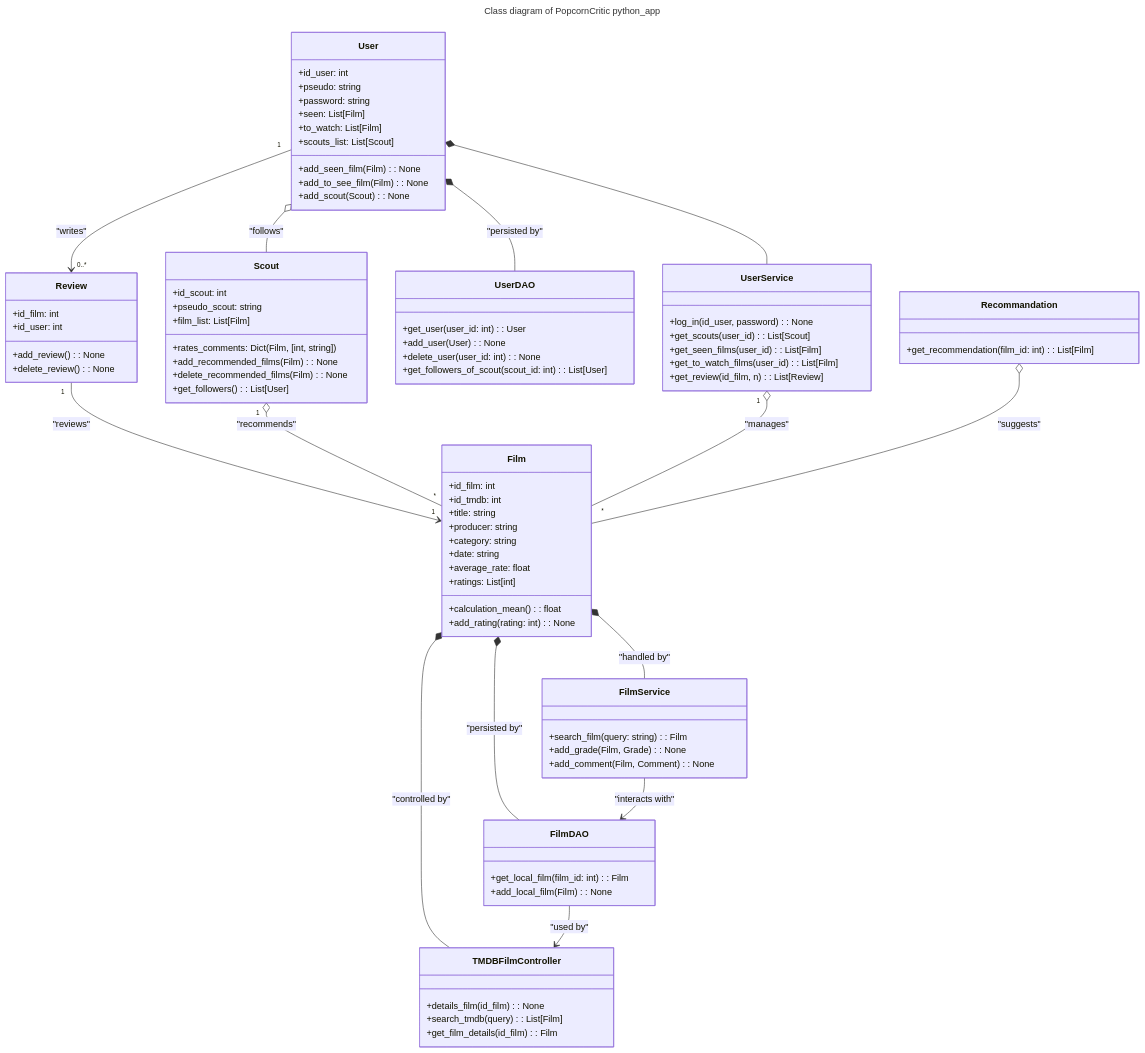
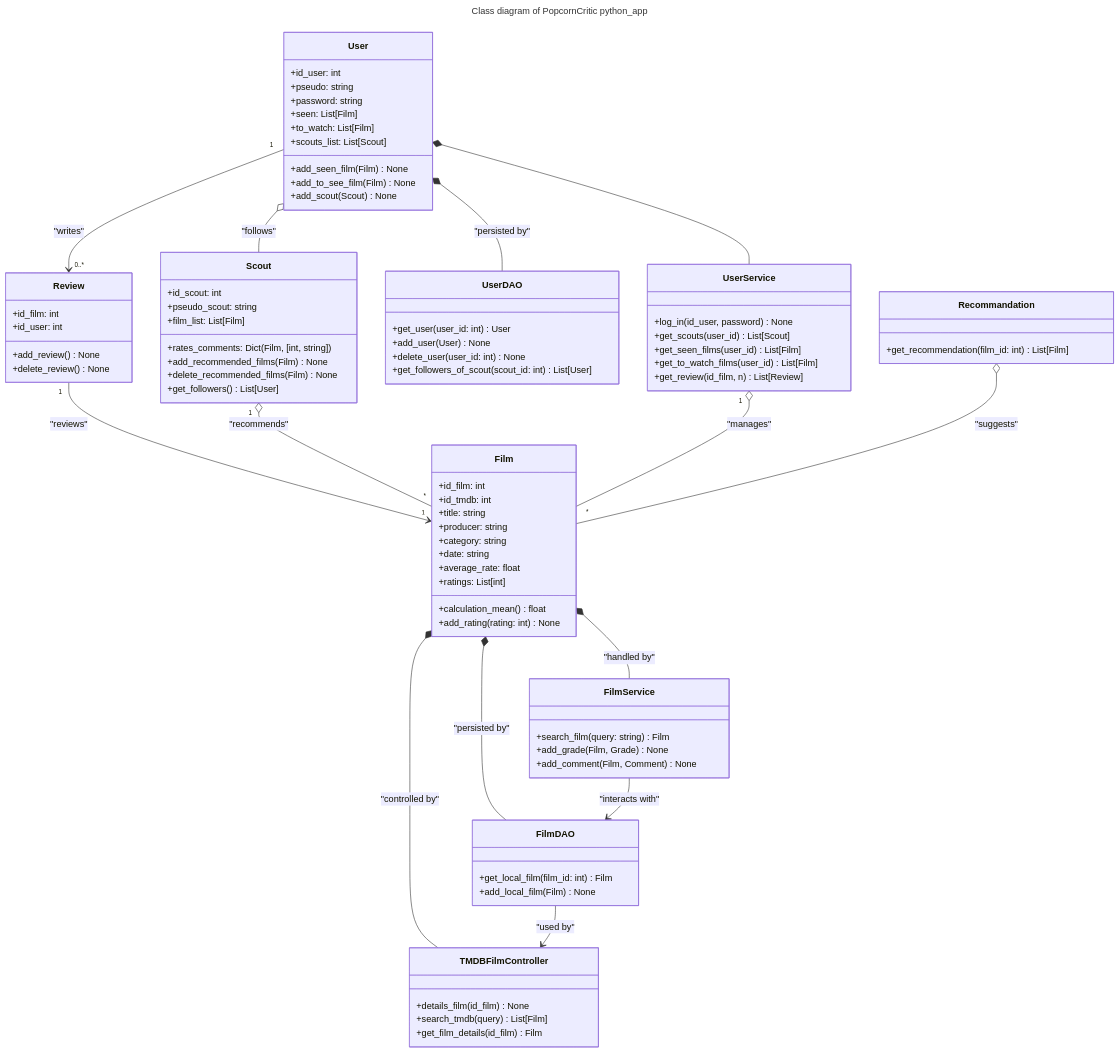
One commit to melanielacour/Projet2A_Template changed the diagram in src/Diagramme.md. Above: the diagram before and after it, drawn with Mermaid.

Commit message:
suppression des : dans les méthodes mermaid pour ne pas les doubler

```diff
--- a/src/Diagramme.md
+++ b/src/Diagramme.md
@@ -14,15 +14,15 @@
         +date: string
         +average_rate: float
         +ratings: List[int]
-        +calculation_mean(): float
-        +add_rating(rating: int): None
+        +calculation_mean() float
+        +add_rating(rating: int) None
     }
 
     class Review {
         +id_film: int
         +id_user: int
-        +add_review(): None
-        +delete_review(): None
+        +add_review() None
+        +delete_review() None
     }
 
     class User {
@@ -32,9 +32,9 @@
         +seen: List[Film]
         +to_watch: List[Film]
         +scouts_list: List[Scout]
-        +add_seen_film(Film): None
-        +add_to_see_film(Film): None
-        +add_scout(Scout): None
+        +add_seen_film(Film) None
+        +add_to_see_film(Film) None
+        +add_scout(Scout) None
     }
 
     class Scout {
@@ -42,45 +42,45 @@
         +pseudo_scout: string
         +film_list: List[Film]
         +rates_comments: Dict(Film, [int, string])
-        +add_recommended_films(Film): None
-        +delete_recommended_films(Film): None
-        +get_followers(): List[User]
+        +add_recommended_films(Film) None
+        +delete_recommended_films(Film) None
+        +get_followers() List[User]
     }
 
     class FilmDAO {
-        +get_local_film(film_id: int): Film
-        +add_local_film(Film): None
+        +get_local_film(film_id: int) Film
+        +add_local_film(Film) None
     }
 
     class FilmService {
-        +search_film(query: string): Film
-        +add_grade(Film, Grade): None
-        +add_comment(Film, Comment): None
+        +search_film(query: string) Film
+        +add_grade(Film, Grade) None
+        +add_comment(Film, Comment) None
     }
 
     class UserDAO {
-        +get_user(user_id: int): User
-        +add_user(User): None
-        +delete_user(user_id: int): None
-        +get_followers_of_scout(scout_id: int): List[User]
+        +get_user(user_id: int) User
+        +add_user(User) None
+        +delete_user(user_id: int) None
+        +get_followers_of_scout(scout_id: int) List[User]
     }
 
     class UserService {
-        +log_in(id_user, password): None
-        +get_scouts(user_id): List[Scout]
-        +get_seen_films(user_id): List[Film]
-        +get_to_watch_films(user_id): List[Film]
-        +get_review(id_film, n): List[Review]
+        +log_in(id_user, password) None
+        +get_scouts(user_id) List[Scout]
+        +get_seen_films(user_id) List[Film]
+        +get_to_watch_films(user_id) List[Film]
+        +get_review(id_film, n) List[Review]
     }
 
     class Recommandation {
-        +get_recommendation(film_id: int): List[Film]
+        +get_recommendation(film_id: int) List[Film]
     }
 
     class TMDBFilmController {
-        +details_film(id_film): None
-        +search_tmdb(query): List[Film]
-        +get_film_details(id_film): Film
+        +details_film(id_film) None
+        +search_tmdb(query) List[Film]
+        +get_film_details(id_film) Film
     }
 
 %% Relations entre les classes
```
